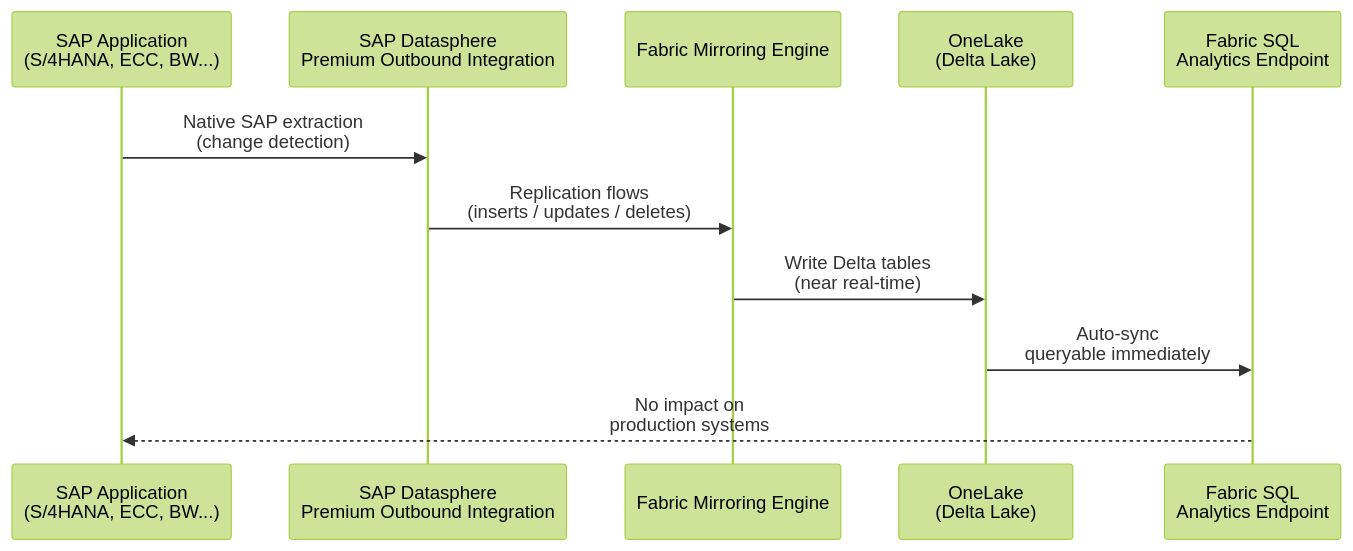
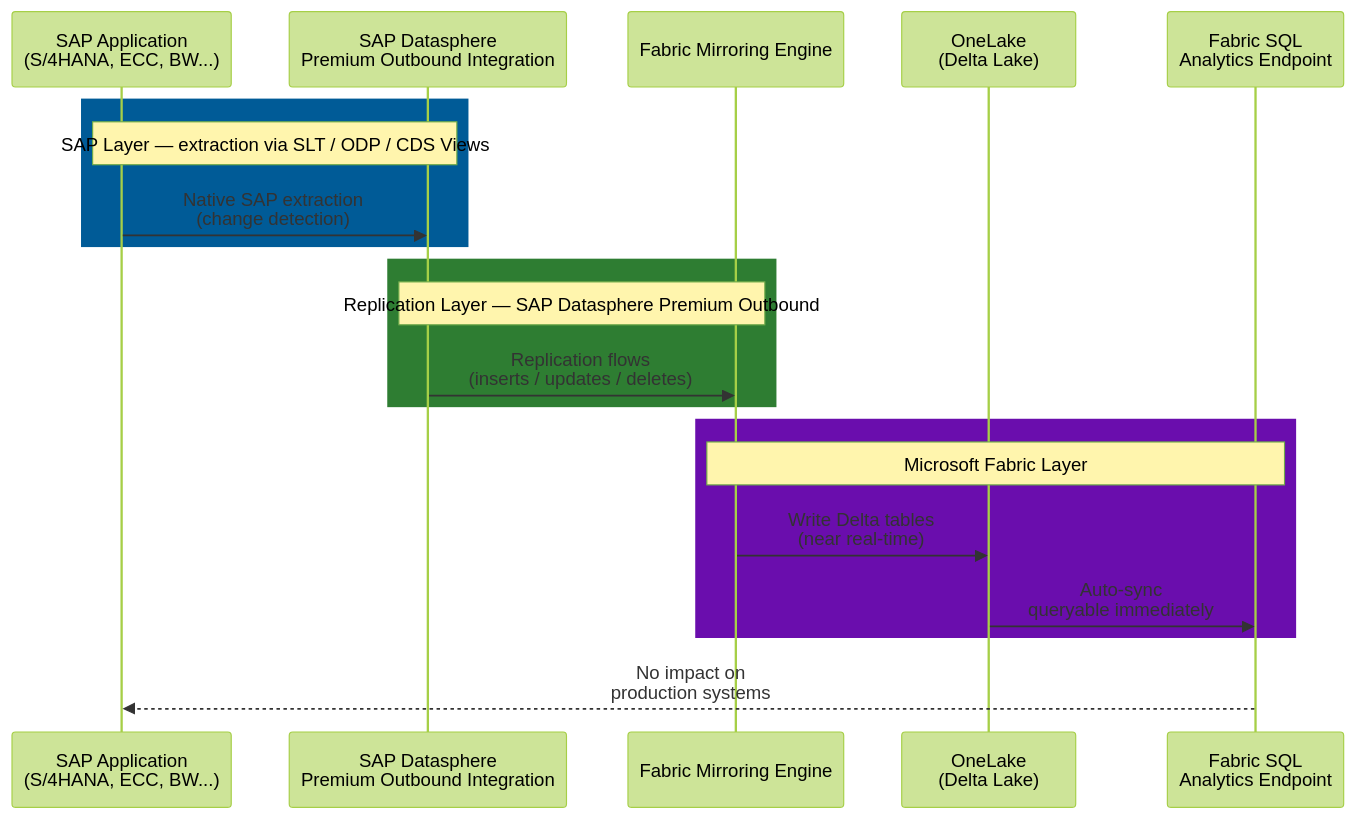
Before and after one commit to fredgis/fabric-foundry-kb: the second of 3 diagrams in SAP_Fabric_Connectivity.md, drawn with Mermaid (forest theme). The commit also changed other lines of this file and 1 other file, not shown here.

First line of the commit message:
SAP Connectivity guide: colored Mermaid diagrams + Appendix

````diff
--- a/SAP_Fabric_Connectivity.md
+++ b/SAP_Fabric_Connectivity.md
@@ -79,14 +93,23 @@
 ```mermaid
 sequenceDiagram
     participant SAP as SAP Application<br/>(S/4HANA, ECC, BW...)
     participant DS as SAP Datasphere<br/>Premium Outbound Integration
     participant MF as Fabric Mirroring Engine
     participant OL as OneLake<br/>(Delta Lake)
     participant SQL as Fabric SQL<br/>Analytics Endpoint
 
-    SAP->>DS: Native SAP extraction<br/>(change detection)
-    DS->>MF: Replication flows<br/>(inserts / updates / deletes)
-    MF->>OL: Write Delta tables<br/>(near real-time)
-    OL->>SQL: Auto-sync<br/>queryable immediately
+    rect rgb(0, 91, 151)
+        note over SAP,DS: SAP Layer — extraction via SLT / ODP / CDS Views
+        SAP->>DS: Native SAP extraction<br/>(change detection)
+    end
+    rect rgb(46, 125, 50)
+        note over DS,MF: Replication Layer — SAP Datasphere Premium Outbound
+        DS->>MF: Replication flows<br/>(inserts / updates / deletes)
+    end
+    rect rgb(106, 13, 173)
+        note over MF,SQL: Microsoft Fabric Layer
+        MF->>OL: Write Delta tables<br/>(near real-time)
+        OL->>SQL: Auto-sync<br/>queryable immediately
+    end
     SQL-->>SAP: No impact on<br/>production systems
 ```
````
